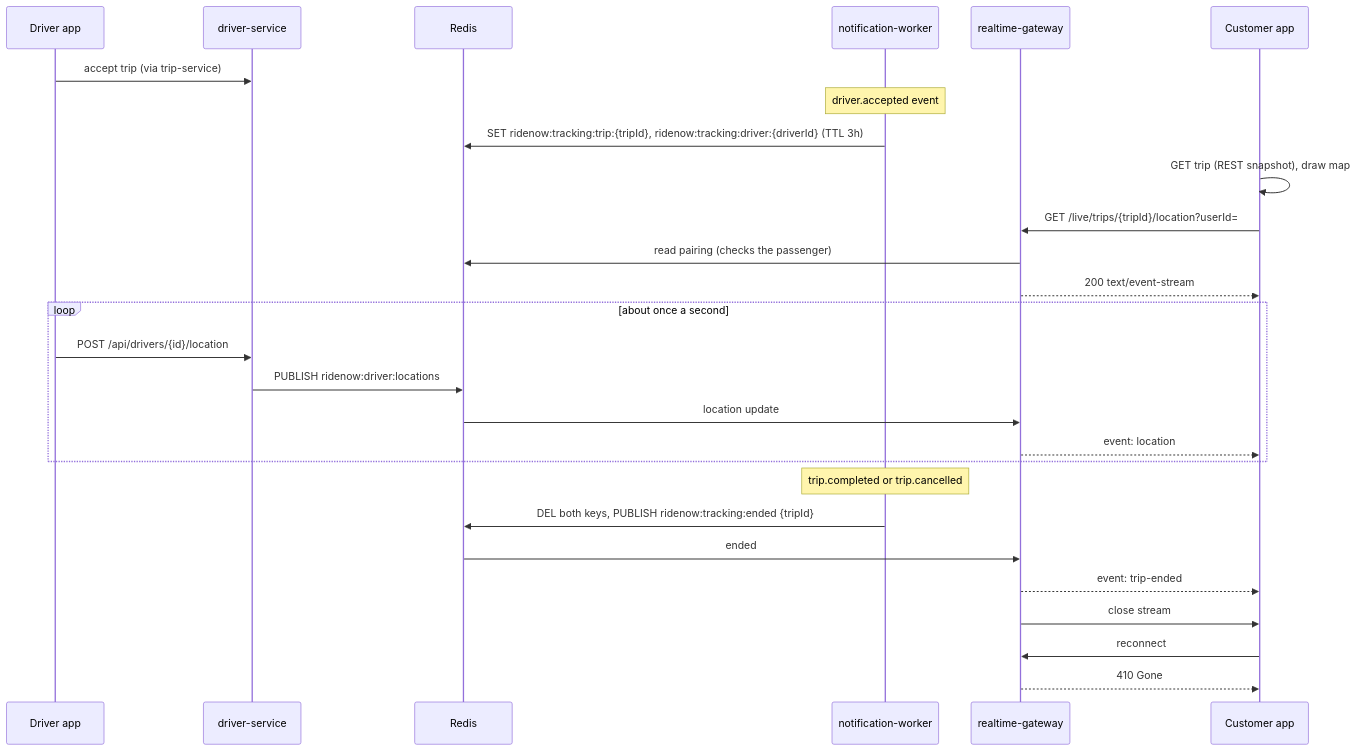
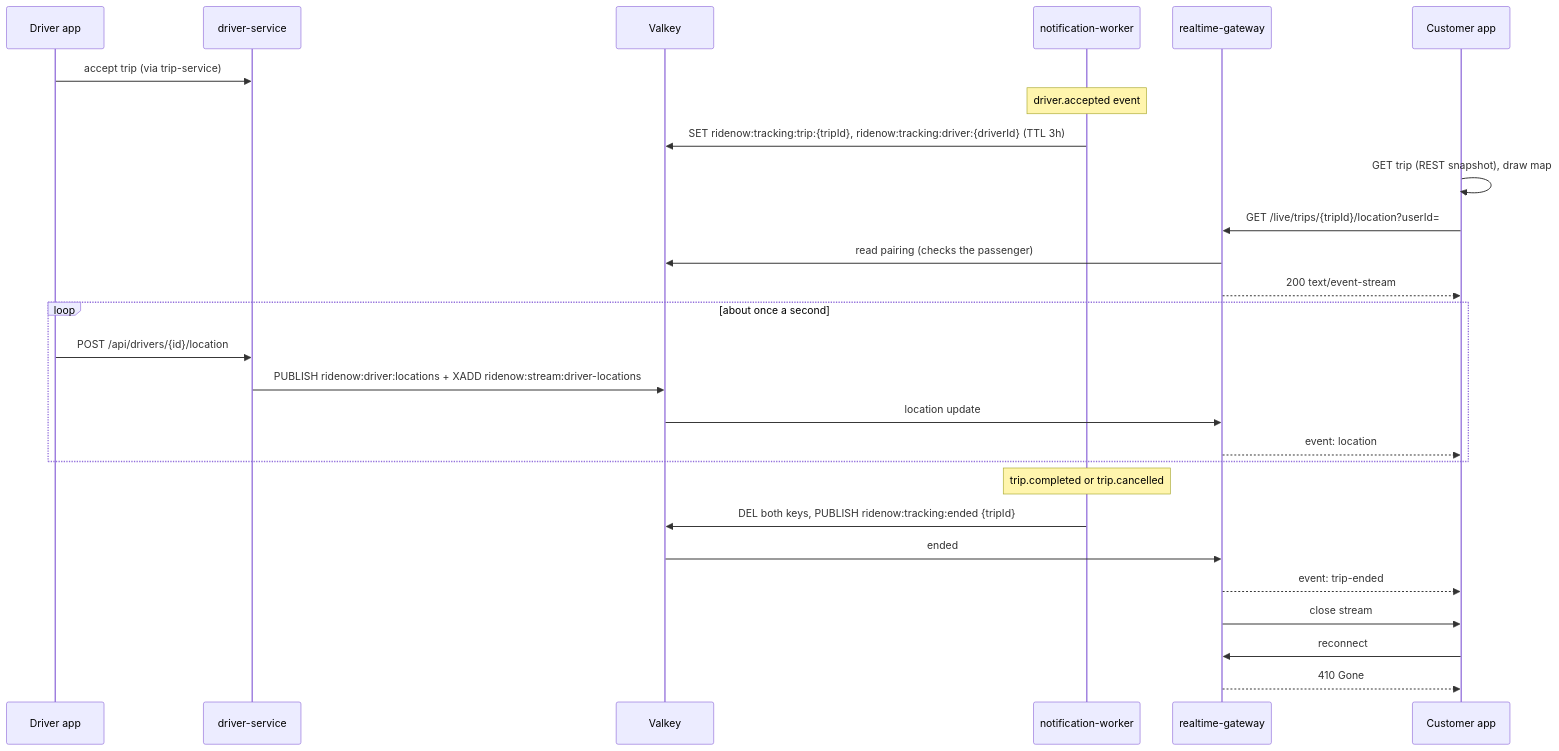
The second of 2 diagrams in docs/REALTIME.md (alixblu/RideNow), drawn with Mermaid before and after one commit. The commit also changed other lines of this file and 51 other files, not shown here.

````diff
--- a/docs/REALTIME.md
+++ b/docs/REALTIME.md
@@ -40,30 +43,30 @@
 ```mermaid
 sequenceDiagram
   participant D as Driver app
   participant DS as driver-service
-  participant R as Redis
+  participant R as Valkey
   participant NW as notification-worker
   participant GW as realtime-gateway
   participant C as Customer app
 
   D->>DS: accept trip (via trip-service)
   Note over NW: driver.accepted event
   NW->>R: SET ridenow:tracking:trip:{tripId}, ridenow:tracking:driver:{driverId} (TTL 3h)
   C->>C: GET trip (REST snapshot), draw map
   C->>GW: GET /live/trips/{tripId}/location?userId=
   GW->>R: read pairing (checks the passenger)
   GW-->>C: 200 text/event-stream
   loop about once a second
     D->>DS: POST /api/drivers/{id}/location
-    DS->>R: PUBLISH ridenow:driver:locations
+    DS->>R: PUBLISH ridenow:driver:locations + XADD ridenow:stream:driver-locations
     R->>GW: location update
     GW-->>C: event: location
   end
   Note over NW: trip.completed or trip.cancelled
   NW->>R: DEL both keys, PUBLISH ridenow:tracking:ended {tripId}
   R->>GW: ended
   GW-->>C: event: trip-ended
   GW->>C: close stream
   C->>GW: reconnect
   GW-->>C: 410 Gone
 ```
````
